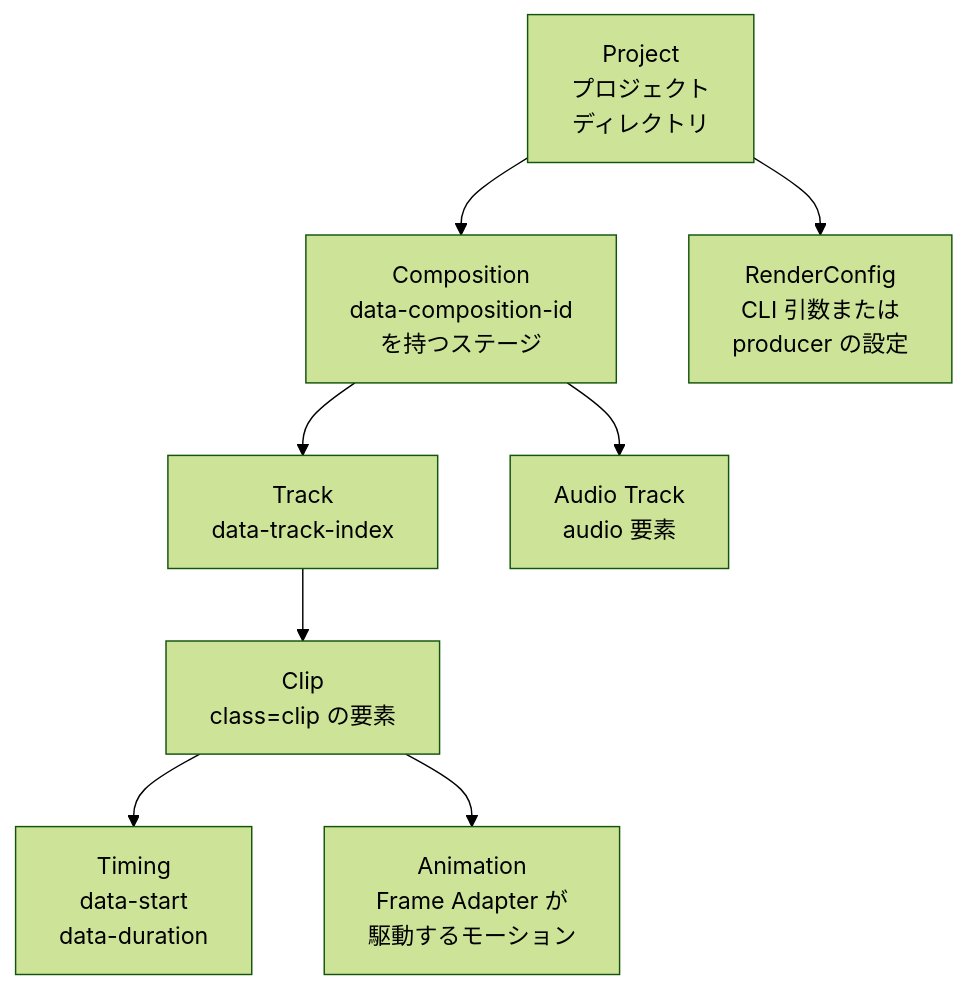
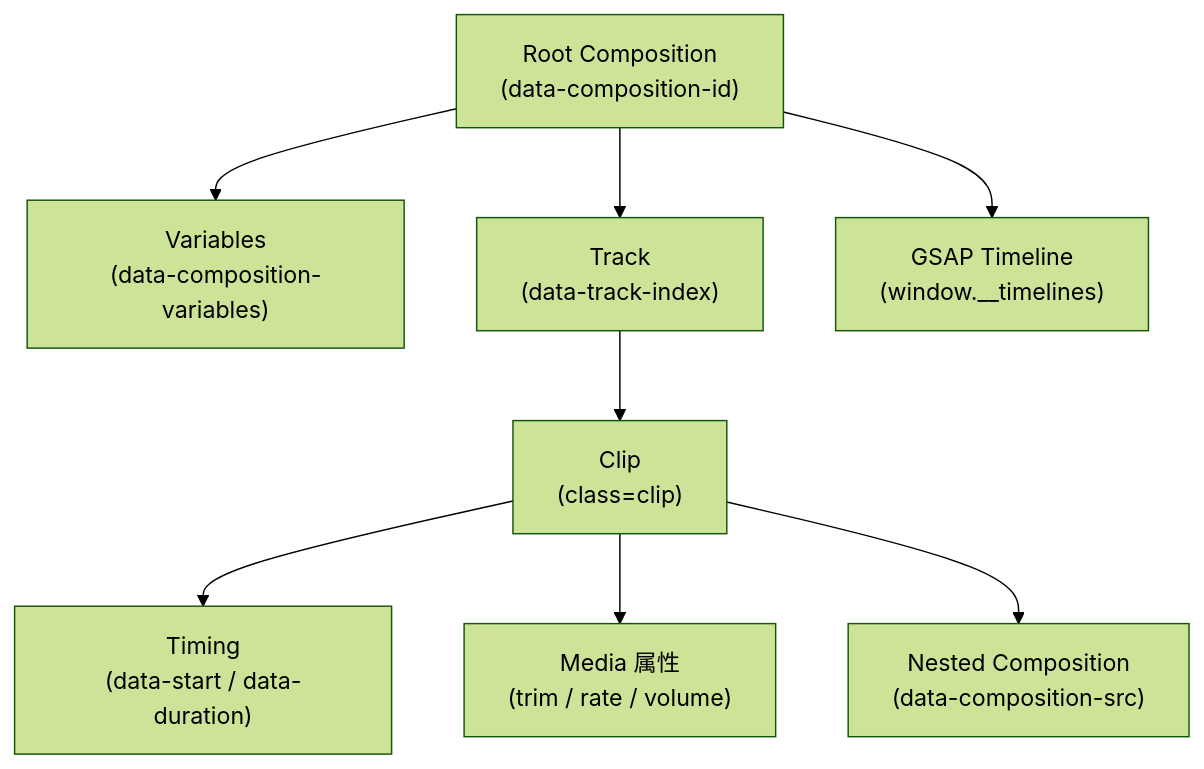
One commit to suwa-sh/zenn-contents changed the third of 3 diagrams in articles/hyperframes-framework-runtime_20260727.md. Above: the diagram before and after it, drawn with Mermaid (forest theme). The commit also changed other lines of this file, not shown here.

````diff
--- a/articles/hyperframes-framework-runtime_20260727.md
+++ b/articles/hyperframes-framework-runtime_20260727.md
@@ -260,19 +161,19 @@
 ```mermaid
 graph TD
-    Project["Project<br/>プロジェクト<br/>ディレクトリ"]
-    Composition["Composition<br/>data-composition-id<br/>を持つステージ"]
-    Track["Track<br/>data-track-index"]
-    Clip["Clip<br/>class=clip の要素"]
-    Timing["Timing<br/>data-start<br/>data-duration"]
-    Animation["Animation<br/>Frame Adapter が<br/>駆動するモーション"]
-    AudioTrack["Audio Track<br/>audio 要素"]
-    RenderConfig["RenderConfig<br/>CLI 引数または<br/>producer の設定"]
+    Root["Root Composition<br/>(data-composition-id)"]
+    Var["Variables<br/>(data-composition-variables)"]
+    Track["Track<br/>(data-track-index)"]
+    Clip["Clip<br/>(class=clip)"]
+    Timing["Timing<br/>(data-start / data-duration)"]
+    Media["Media 属性<br/>(trim / rate / volume)"]
+    Sub["Nested Composition<br/>(data-composition-src)"]
+    Timeline["GSAP Timeline<br/>(window.__timelines)"]
 
-    Project --> Composition
-    Project --> RenderConfig
-    Composition --> Track
-    Composition --> AudioTrack
+    Root --> Var
+    Root --> Track
+    Root --> Timeline
     Track --> Clip
     Clip --> Timing
-    Clip --> Animation
+    Clip --> Media
+    Clip --> Sub
 ```
````
